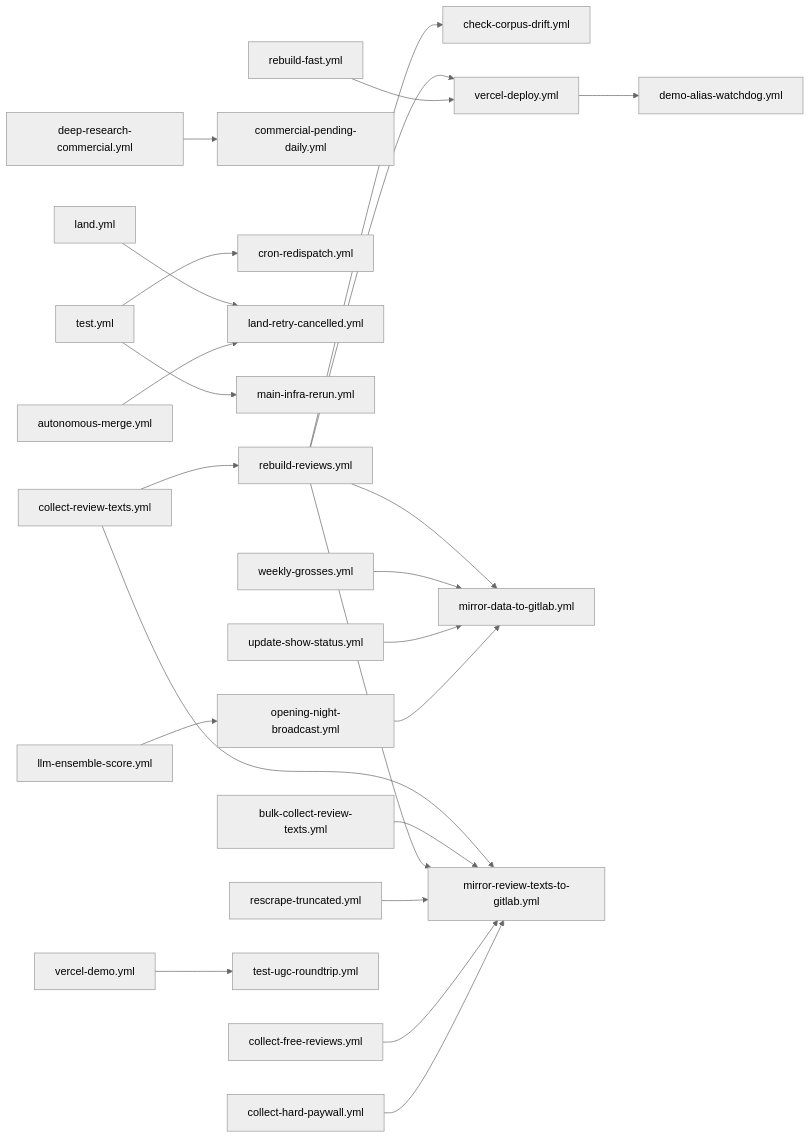
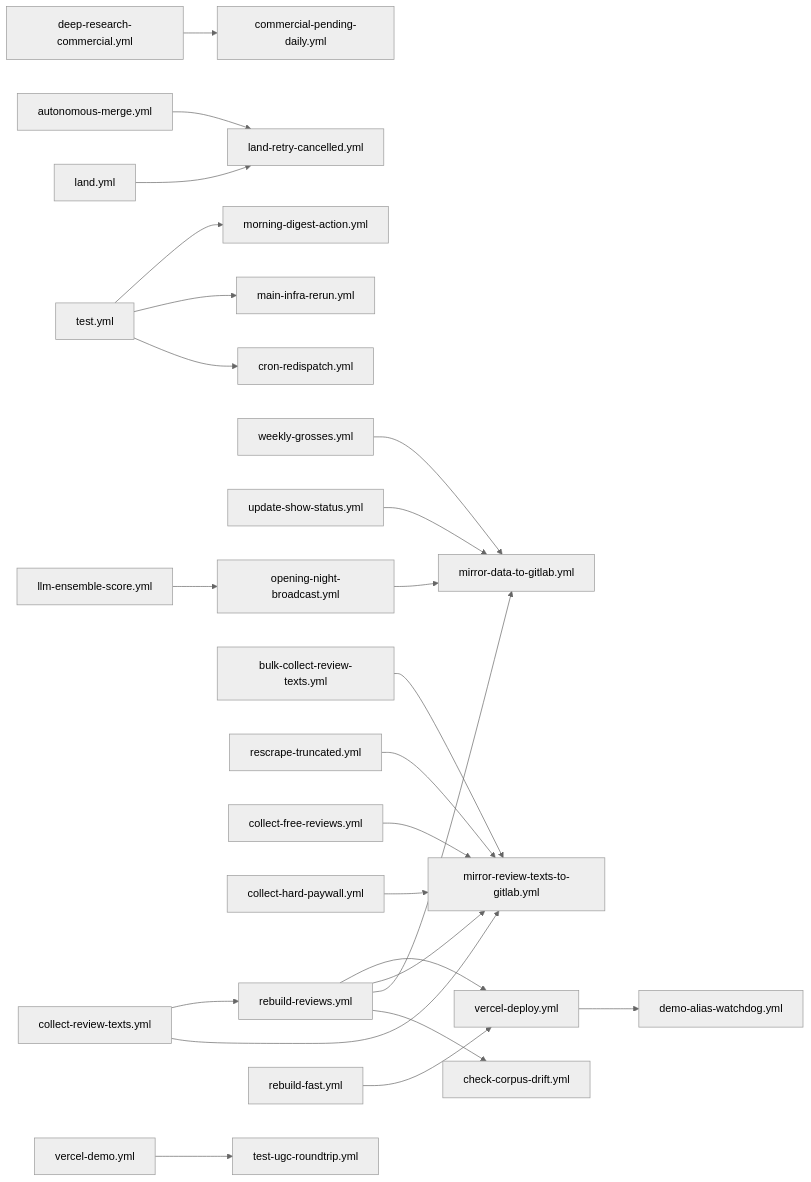
The diagram in .github/workflows/DEPENDENCIES.md (thomaspryor/Broadwayscore), drawn with Mermaid (neutral theme) before and after one commit. The commit also changed other lines of this file and 5 other files, not shown here.

First line of the commit message:
feat(digest): event-driven catch-up so a dropped cron cannot skip the owner's morning email

````diff
--- a/.github/workflows/DEPENDENCIES.md
+++ b/.github/workflows/DEPENDENCIES.md
@@ -21,25 +21,26 @@
 ```mermaid
 graph LR
   rebuild_reviews["rebuild-reviews.yml"] --> check_corpus_drift["check-corpus-drift.yml"]
   deep_research_commercial["deep-research-commercial.yml"] --> commercial_pending_daily["commercial-pending-daily.yml"]
   test["test.yml"] --> cron_redispatch["cron-redispatch.yml"]
   vercel_deploy["vercel-deploy.yml"] --> demo_alias_watchdog["demo-alias-watchdog.yml"]
   land["land.yml"] --> land_retry_cancelled["land-retry-cancelled.yml"]
   autonomous_merge["autonomous-merge.yml"] --> land_retry_cancelled["land-retry-cancelled.yml"]
   test["test.yml"] --> main_infra_rerun["main-infra-rerun.yml"]
   rebuild_reviews["rebuild-reviews.yml"] --> mirror_data_to_gitlab["mirror-data-to-gitlab.yml"]
   weekly_grosses["weekly-grosses.yml"] --> mirror_data_to_gitlab["mirror-data-to-gitlab.yml"]
   update_show_status["update-show-status.yml"] --> mirror_data_to_gitlab["mirror-data-to-gitlab.yml"]
   opening_night_broadcast["opening-night-broadcast.yml"] --> mirror_data_to_gitlab["mirror-data-to-gitlab.yml"]
   collect_review_texts["collect-review-texts.yml"] --> mirror_review_texts_to_gitlab["mirror-review-texts-to-gitlab.yml"]
   bulk_collect_review_texts["bulk-collect-review-texts.yml"] --> mirror_review_texts_to_gitlab["mirror-review-texts-to-gitlab.yml"]
   rebuild_reviews["rebuild-reviews.yml"] --> mirror_review_texts_to_gitlab["mirror-review-texts-to-gitlab.yml"]
   rescrape_truncated["rescrape-truncated.yml"] --> mirror_review_texts_to_gitlab["mirror-review-texts-to-gitlab.yml"]
   collect_free_reviews["collect-free-reviews.yml"] --> mirror_review_texts_to_gitlab["mirror-review-texts-to-gitlab.yml"]
   collect_hard_paywall["collect-hard-paywall.yml"] --> mirror_review_texts_to_gitlab["mirror-review-texts-to-gitlab.yml"]
+  test["test.yml"] --> morning_digest_action["morning-digest-action.yml"]
   llm_ensemble_score["llm-ensemble-score.yml"] --> opening_night_broadcast["opening-night-broadcast.yml"]
   collect_review_texts["collect-review-texts.yml"] --> rebuild_reviews["rebuild-reviews.yml"]
   vercel_demo["vercel-demo.yml"] --> test_ugc_roundtrip["test-ugc-roundtrip.yml"]
   rebuild_reviews["rebuild-reviews.yml"] --> vercel_deploy["vercel-deploy.yml"]
   rebuild_fast["rebuild-fast.yml"] --> vercel_deploy["vercel-deploy.yml"]
 ```
````
